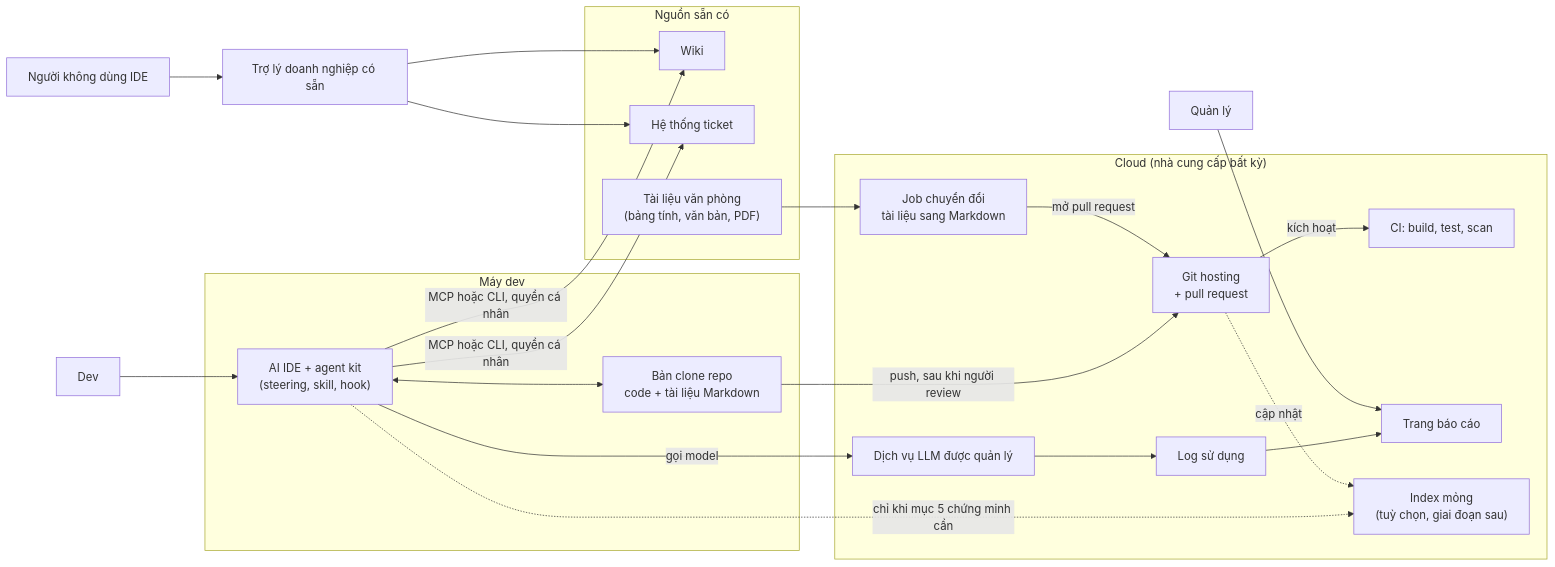
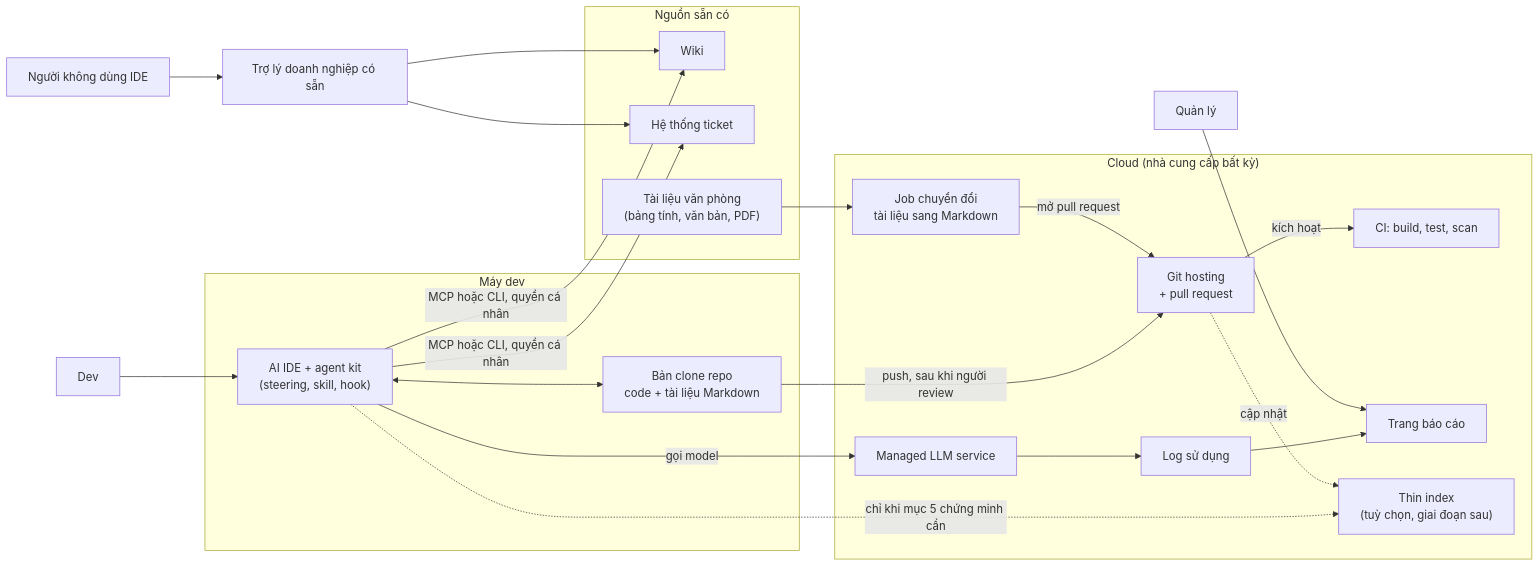
Before and after one commit to phuc-nt/ai-native-for-enterprise: the diagram in docs/04-organization-f-ai-adoption/10-knowledge-platform-design-review.md, drawn with Mermaid. The commit also changed other lines of this file and 3 other files, not shown here.

Commit message:
docs: add evidence for skipping vector and graph indexes on project code and documents

````diff
--- a/docs/04-organization-f-ai-adoption/10-knowledge-platform-design-review.md
+++ b/docs/04-organization-f-ai-adoption/10-knowledge-platform-design-review.md
@@ -67,47 +70,47 @@
 ```mermaid
 flowchart LR
     dev["Dev"]
     nondev["Người không dùng IDE"]
     manager["Quản lý"]
 
     subgraph local["Máy dev"]
         ide["AI IDE + agent kit<br/>(steering, skill, hook)"]
         clone["Bản clone repo<br/>code + tài liệu Markdown"]
     end
 
     subgraph sources["Nguồn sẵn có"]
         wiki["Wiki"]
         ticket["Hệ thống ticket"]
         office["Tài liệu văn phòng<br/>(bảng tính, văn bản, PDF)"]
     end
 
     subgraph cloud["Cloud (nhà cung cấp bất kỳ)"]
         git["Git hosting<br/>+ pull request"]
         ci["CI: build, test, scan"]
         convert["Job chuyển đổi<br/>tài liệu sang Markdown"]
-        llm["Dịch vụ LLM được quản lý"]
+        llm["Managed LLM service"]
         usage["Log sử dụng"]
         report["Trang báo cáo"]
-        index["Index mỏng<br/>(tuỳ chọn, giai đoạn sau)"]
+        index["Thin index<br/>(tuỳ chọn, giai đoạn sau)"]
     end
 
     assistant["Trợ lý doanh nghiệp có sẵn"]
 
     dev --> ide
     ide <--> clone
     ide -- "MCP hoặc CLI, quyền cá nhân" --> wiki
     ide -- "MCP hoặc CLI, quyền cá nhân" --> ticket
     ide -- "gọi model" --> llm
     clone -- "push, sau khi người review" --> git
     git -- "kích hoạt" --> ci
     office --> convert
     convert -- "mở pull request" --> git
     llm --> usage
     usage --> report
     manager --> report
     nondev --> assistant
     assistant --> wiki
     assistant --> ticket
     ide -. "chỉ khi mục 5 chứng minh cần" .-> index
     git -. "cập nhật" .-> index
 ```
````
